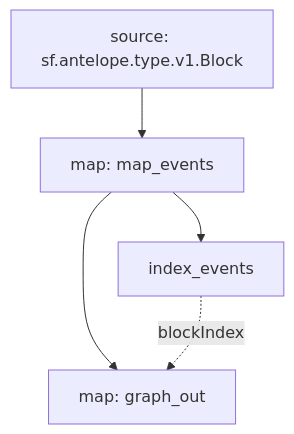
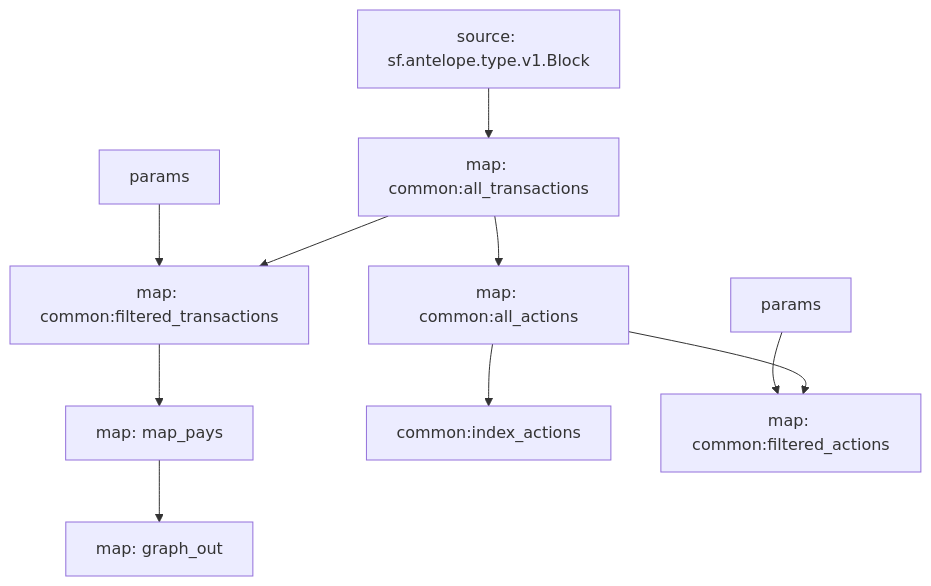
One commit to pinax-network/antelope-bps-subgraph changed the diagram in README.md. Above: the diagram before and after it, drawn with Mermaid. The commit also changed other lines of this file and 1 other file, not shown here.

````diff
--- a/README.md
+++ b/README.md
@@ -20,9 +20,18 @@
 ```mermaid
 graph TD;
-  map_events[map: map_events];
-  sf.antelope.type.v1.Block[source: sf.antelope.type.v1.Block] --> map_events;
-  map_events --> index_events;
+  map_pays[map: map_pays];
+  common:filtered_transactions --> map_pays;
   graph_out[map: graph_out];
-  map_events --> graph_out;
-  index_events -.-> |blockIndex| graph_out;
+  map_pays --> graph_out;
+  common:all_actions --> common:index_actions;
+  common:all_transactions[map: common:all_transactions];
+  sf.antelope.type.v1.Block[source: sf.antelope.type.v1.Block] --> common:all_transactions;
+  common:all_actions[map: common:all_actions];
+  common:all_transactions --> common:all_actions;
+  common:filtered_transactions[map: common:filtered_transactions];
+  common:filtered_transactions:params[params] --> common:filtered_transactions;
+  common:all_transactions --> common:filtered_transactions;
+  common:filtered_actions[map: common:filtered_actions];
+  common:filtered_actions:params[params] --> common:filtered_actions;
+  common:all_actions --> common:filtered_actions;
 ```
````
